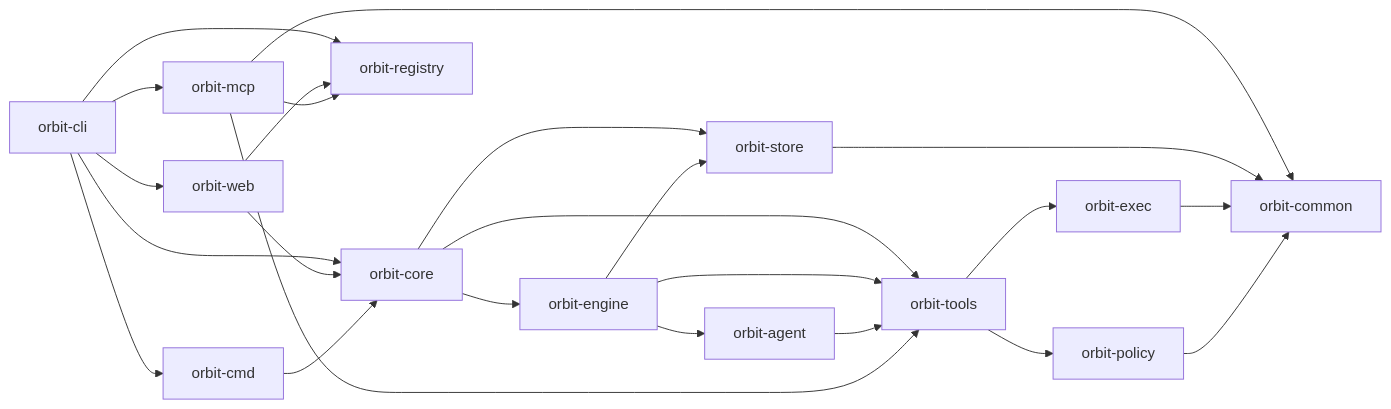
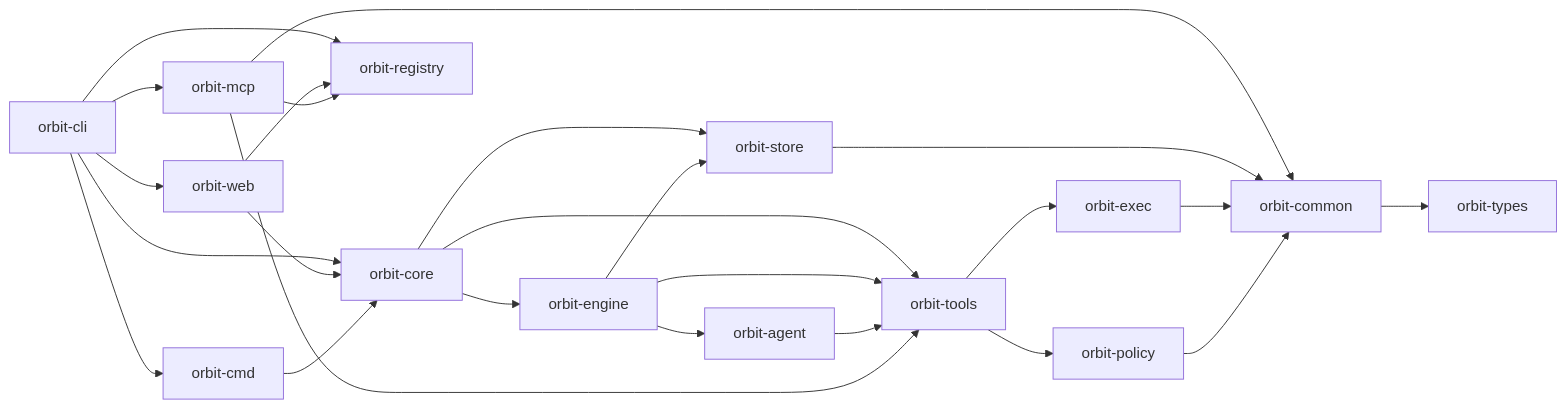
One commit to danieljhkim/orbit changed the diagram in website/src/content/docs/contributing/crate-layout.md. Above: the diagram before and after it, drawn with Mermaid. The commit also changed other lines of this file and 858 other files, not shown here.

Commit message:
refactor: Extract orbit-types as a pure leaf and reorganize orbit-common [ORB-10884]

````diff
--- a/website/src/content/docs/contributing/crate-layout.md
+++ b/website/src/content/docs/contributing/crate-layout.md
@@ -29,26 +30,27 @@
 ```mermaid
 flowchart LR
   CLI["orbit-cli"] --> Cmd["orbit-cmd"]
   CLI --> Core["orbit-core"]
   CLI --> MCP["orbit-mcp"]
   CLI --> Registry["orbit-registry"]
   CLI --> Web["orbit-web"]
   Web --> Core
   Web --> Registry
   Cmd --> Core
   Core --> Engine["orbit-engine"]
   Core --> Store["orbit-store"]
   Core --> Tools["orbit-tools"]
   Engine --> Agent["orbit-agent"]
   Engine --> Store
   Engine --> Tools
   Agent --> Tools
   Tools --> Exec["orbit-exec"]
   Tools --> Policy["orbit-policy"]
   MCP --> Registry
   MCP --> Tools
   MCP --> Common["orbit-common"]
   Store --> Common
   Exec --> Common
   Policy --> Common
+  Common --> Types["orbit-types"]
 ```
````
